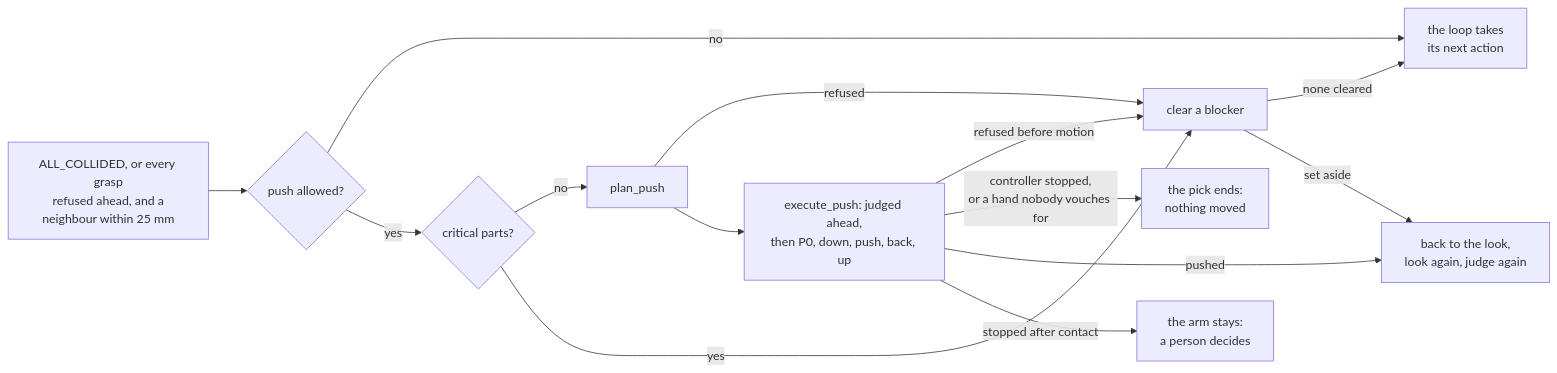
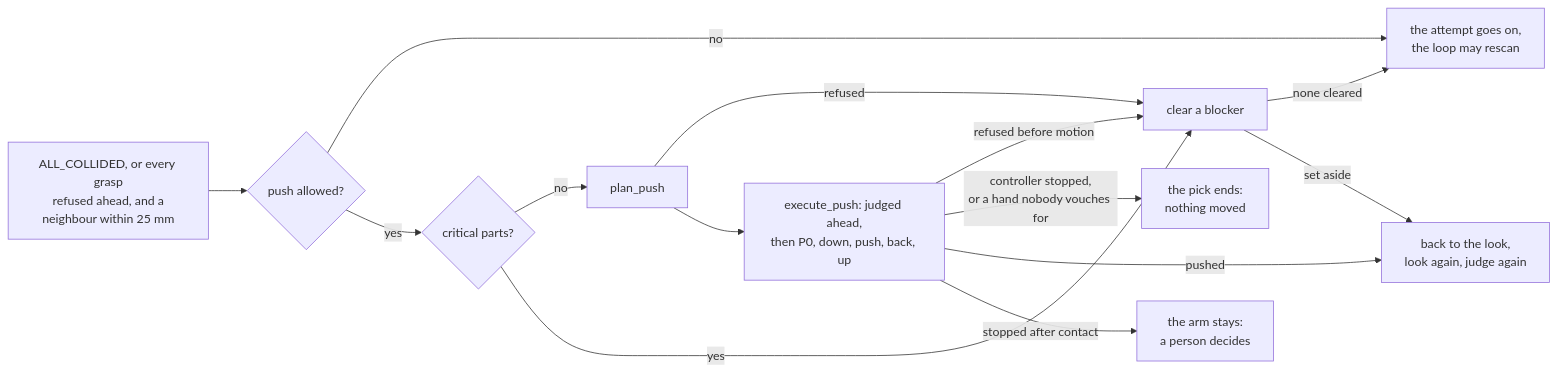
Before and after one commit to ManterJochen/Workaholic-Willy: the diagram in src/robot/grasping/recovery/README.md, drawn with Mermaid. The commit also changed other lines of this file and 1383 other files, not shown here.

````diff
--- a/src/robot/grasping/recovery/README.md
+++ b/src/robot/grasping/recovery/README.md
@@ -154,16 +114,16 @@
 ```mermaid
 flowchart LR
     T["ALL_COLLIDED, or every grasp<br/>refused ahead, and a<br/>neighbour within 25 mm"] --> G{"push allowed?"}
-    G -->|no| R["the loop takes<br/>its next action"]
+    G -->|no| R["the attempt goes on,<br/>the loop may rescan"]
     G -->|yes| K{"critical parts?"}
     K -->|no| P["plan_push"]
     K -->|yes| C["clear a blocker"]
     P -->|refused| C
     P --> E["execute_push: judged ahead,<br/>then P0, down, push, back, up"]
     E -->|"refused before motion"| C
     C -->|"none cleared"| R
     C -->|"set aside"| L
     E -->|"controller stopped,<br/>or a hand nobody vouches for"| F["the pick ends:<br/>nothing moved"]
     E -->|pushed| L["back to the look,<br/>look again, judge again"]
     E -->|"stopped after contact"| S["the arm stays:<br/>a person decides"]
 ```
````
